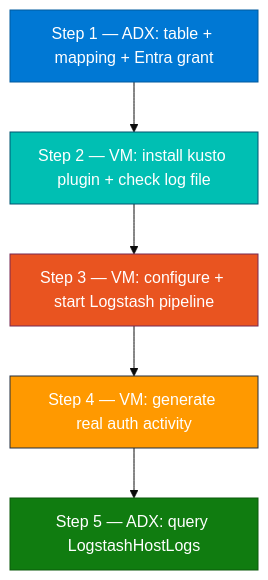
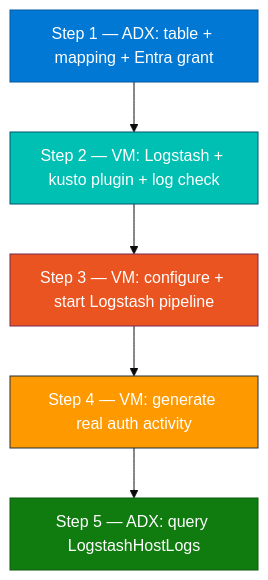
One commit to atingupta2005/adx-aws-training-aug-26 changed the second of 2 diagrams in Module_05_Logstash/05_Logstash_ADX_Integration_Lab.md. Above: the diagram before and after it, drawn with Mermaid. The commit also changed other lines of this file and 2 other files, not shown here.

Commit message:
Add Logstash and AWS CLI install steps to Module 05 lab.

````diff
--- a/Module_05_Logstash/05_Logstash_ADX_Integration_Lab.md
+++ b/Module_05_Logstash/05_Logstash_ADX_Integration_Lab.md
@@ -110,13 +110,13 @@
 ```mermaid
 %%{init: {"theme":"base","flowchart":{"htmlLabels":true,"padding":12}}}%%
 flowchart TB
-  A["Step 1 — ADX: table + mapping + Entra grant"] --> B["Step 2 — VM: install kusto plugin + check log file"]
+  A["Step 1 — ADX: table + mapping + Entra grant"] --> B["Step 2 — VM: Logstash + kusto plugin + log check"]
   B --> C["Step 3 — VM: configure + start Logstash pipeline"]
   C --> D["Step 4 — VM: generate real auth activity"]
   D --> E["Step 5 — ADX: query LogstashHostLogs"]
   style A fill:#0078D4,stroke:#005A9E,color:#fff
   style B fill:#00BFB3,stroke:#005571,color:#fff
   style C fill:#E95420,stroke:#772953,color:#fff
   style D fill:#FF9900,stroke:#232F3E,color:#fff
   style E fill:#107C10,stroke:#0B5A0B,color:#fff
 ```
````
